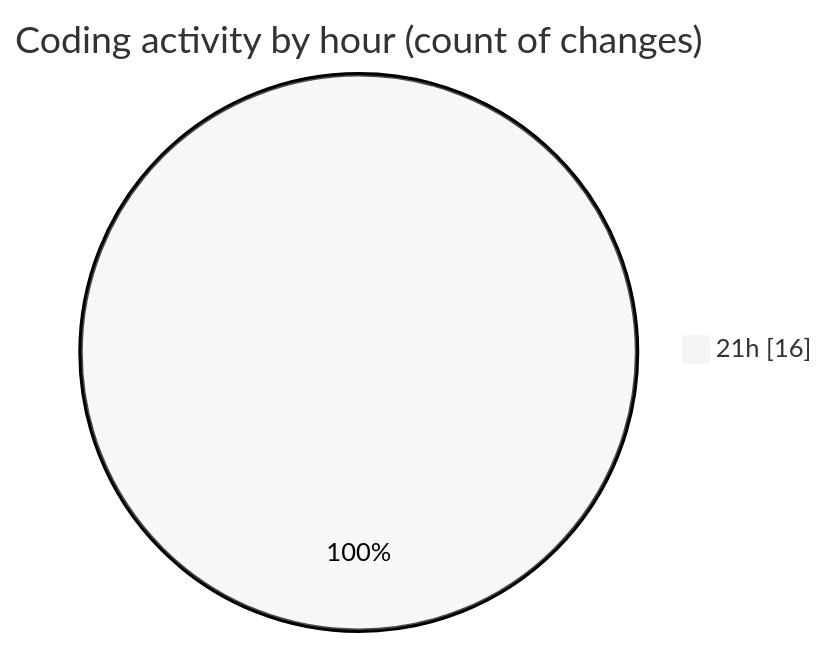
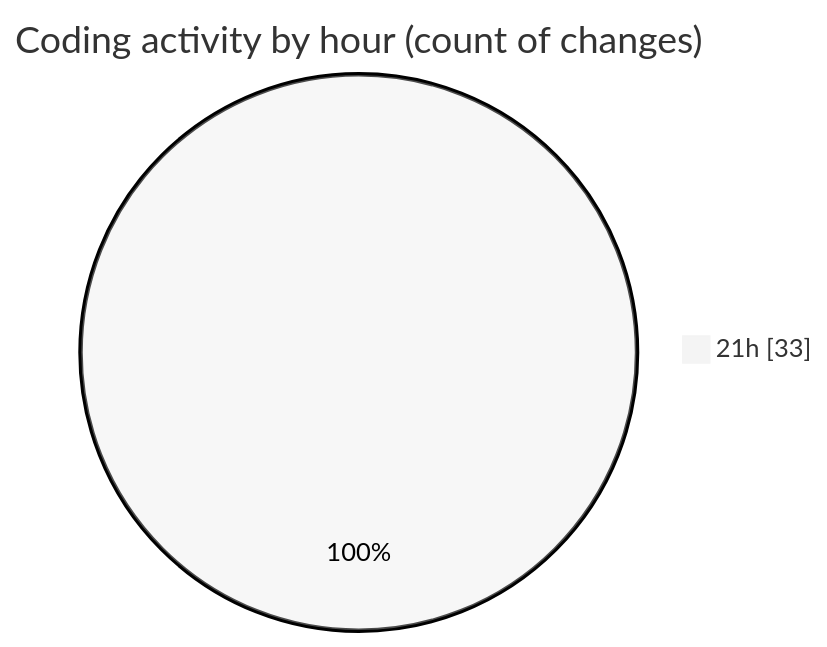
One commit to Ritupan-Deka/code-tracking changed the second of 2 diagrams in 2025-08-03/javascript/README.md. Above: the diagram before and after it, drawn with Mermaid (neutral theme). The commit also changed other lines of this file and 1 other file, not shown here.

````diff
--- a/2025-08-03/javascript/README.md
+++ b/2025-08-03/javascript/README.md
@@ -28,5 +28,5 @@
 ```mermaid
 pie showData
 title Coding activity by hour (count of changes)
-"21h" : 16
+"21h" : 33
 ```
````
